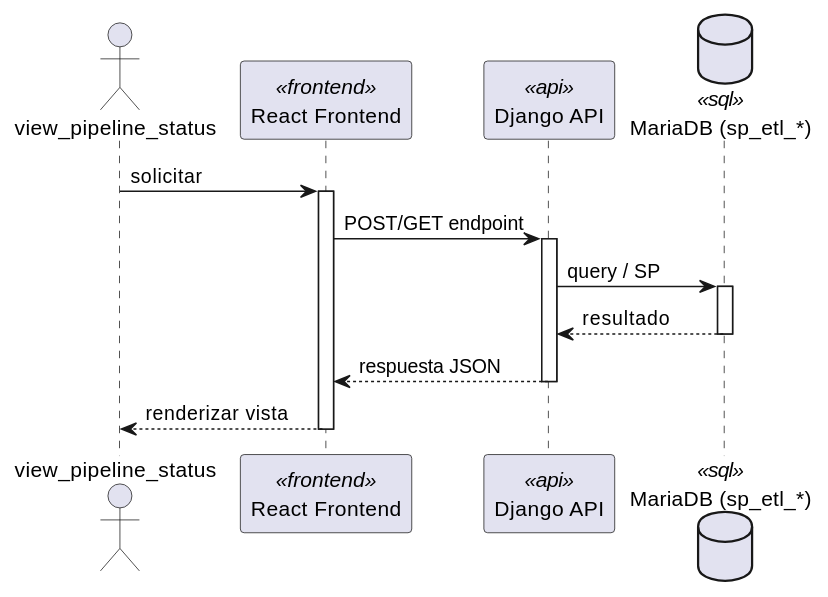
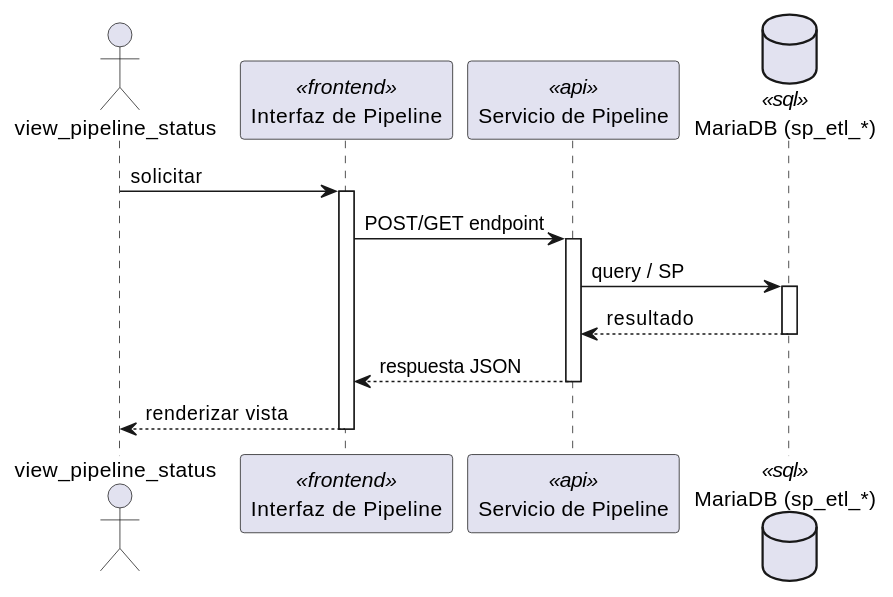
The first of 2 diagrams in source/arquitectura-tecnica/DesignView/pip-01.rst (jcg-admin/IACT-docs), drawn with PlantUML before and after one commit. The commit also changed other lines of this file and 243 other files, not shown here.

First line of the commit message:
Add missing diagrams and fix participant names across Kruchten views

```diff
--- a/source/arquitectura-tecnica/DesignView/pip-01.rst
+++ b/source/arquitectura-tecnica/DesignView/pip-01.rst
@@ -22,28 +22,28 @@
 .. uml::
  :caption: UC_PIP_01 — Design View (secuencia)
 
  @startuml
 
  actor "view_pipeline_status" as view_pipeline_status
- participant "React Frontend" as Frontend <<frontend>>
- participant "Django API" as APIServer <<api>>
- database "MariaDB (sp_etl_*)" as BaseDatos <<sql>>
+ participant "Interfaz de Pipeline" as Iface <<frontend>>
+ participant "Servicio de Pipeline" as SvcNode <<api>>
+ database "MariaDB (sp_etl_*)" as Store <<sql>>
 
- view_pipeline_status -> Frontend : solicitar
- activate Frontend
+ view_pipeline_status -> Iface : solicitar
+ activate Iface
 
- Frontend -> APIServer : POST/GET endpoint
- activate APIServer
+ Iface -> SvcNode : POST/GET endpoint
+ activate SvcNode
 
- APIServer -> BaseDatos : query / SP
- activate BaseDatos
- BaseDatos --> APIServer : resultado
- deactivate BaseDatos
+ SvcNode -> Store : query / SP
+ activate Store
+ Store --> SvcNode : resultado
+ deactivate Store
 
- APIServer --> Frontend : respuesta JSON
- deactivate APIServer
+ SvcNode --> Iface : respuesta JSON
+ deactivate SvcNode
 
- Frontend --> view_pipeline_status : renderizar vista
- deactivate Frontend
+ Iface --> view_pipeline_status : renderizar vista
+ deactivate Iface
 
  @enduml
```
